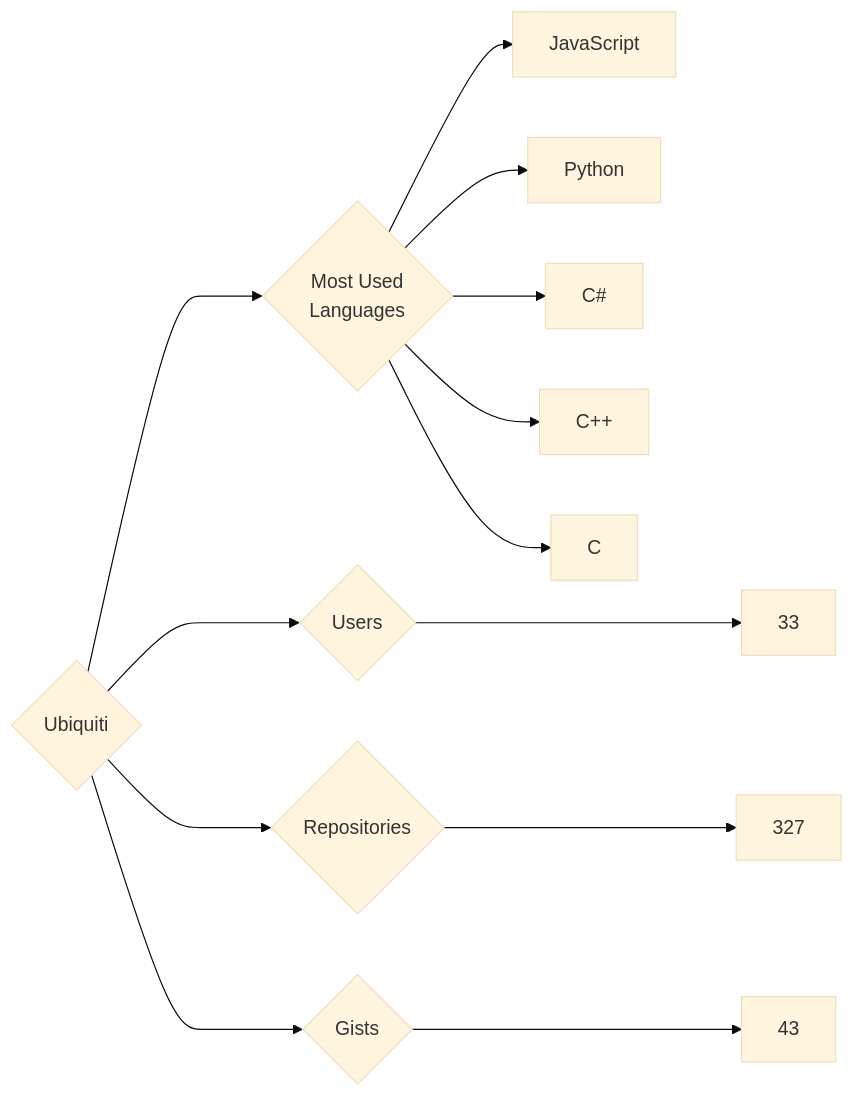
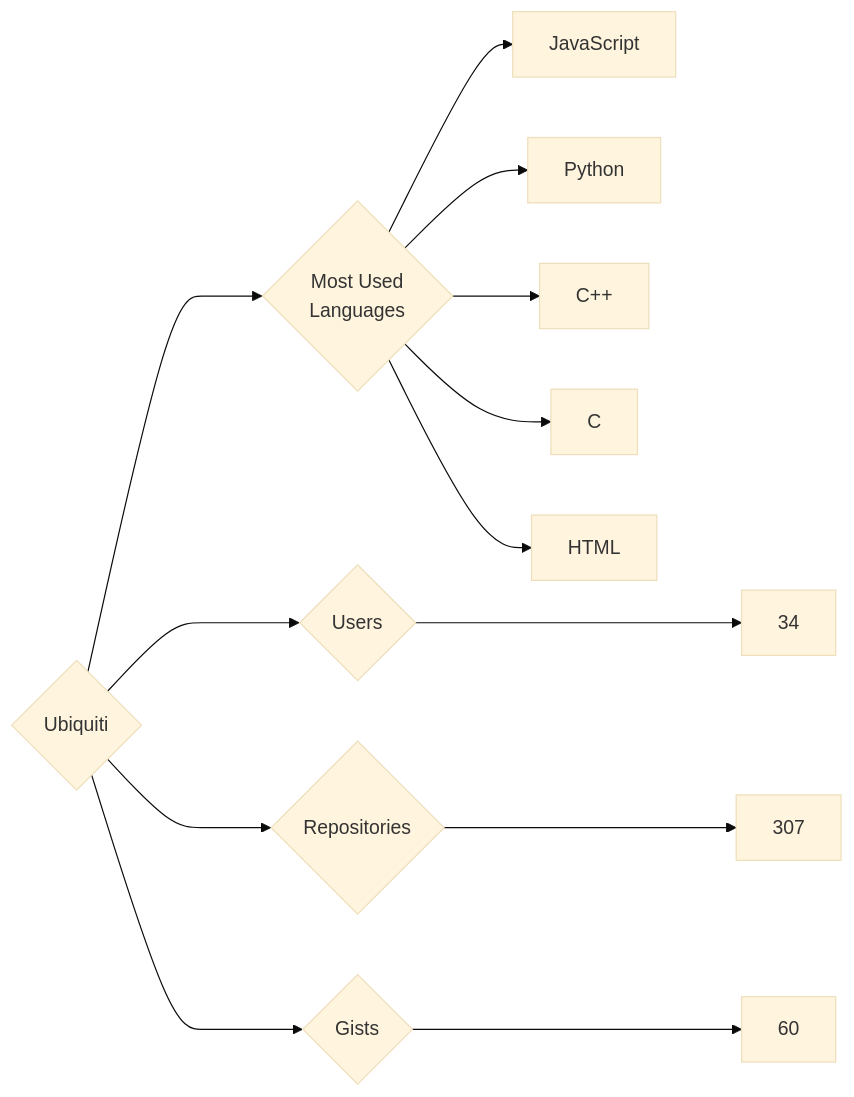
Before and after one commit to trickest/insiders: the diagram in targets/Ubiquiti/README.md, drawn with Mermaid (base theme). The commit also changed 895 other files, not shown here.

````diff
--- a/targets/Ubiquiti/README.md
+++ b/targets/Ubiquiti/README.md
@@ -3,13 +3,13 @@
 ```mermaid
 graph LR
 COMPANY_NAME{Ubiquiti}
-COMPANY_NAME ---> U{Users} ---> UN[33]
-COMPANY_NAME ---> R{Repositories} ---> RN[327]
-COMPANY_NAME ---> G{Gists} ---> GN[43]
+COMPANY_NAME ---> U{Users} ---> UN[34]
+COMPANY_NAME ---> R{Repositories} ---> RN[307]
+COMPANY_NAME ---> G{Gists} ---> GN[60]
 COMPANY_NAME ---> ML{Most Used<br>Languages}
 ML --> JavaScript[JavaScript]
 ML --> Python[Python]
-ML --> C#[C#]
 ML --> C++[C++]
 ML --> C[C]
+ML --> HTML[HTML]
 ```
````
